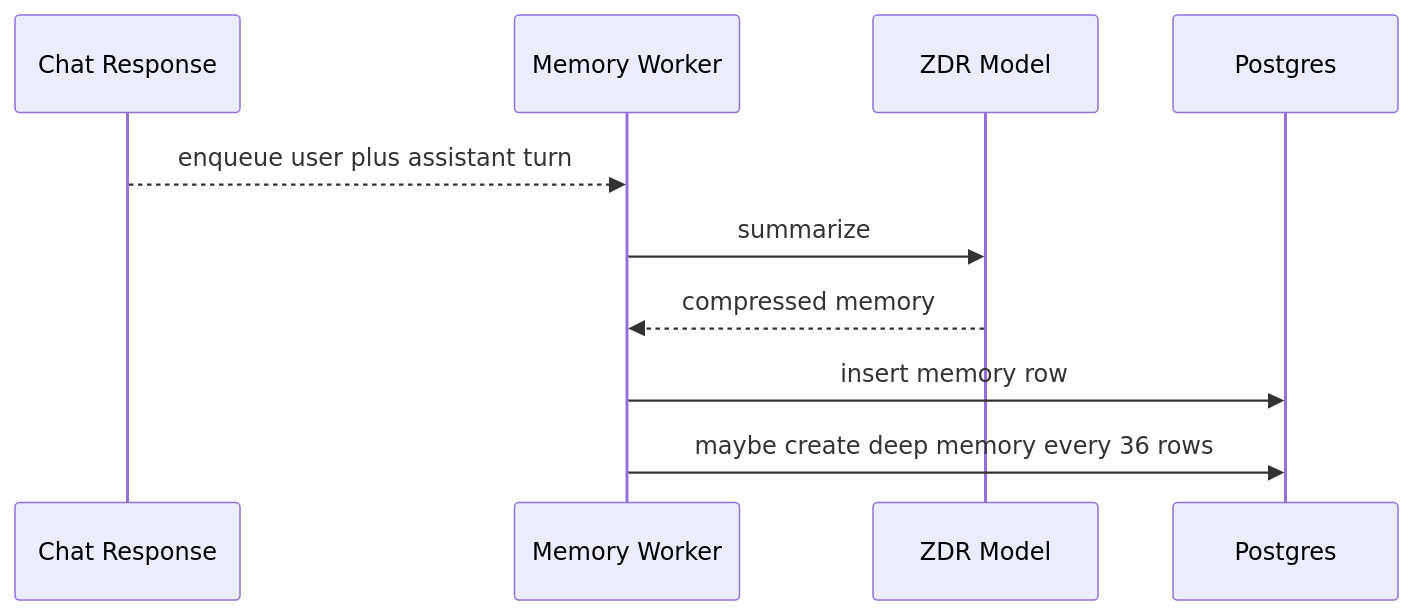
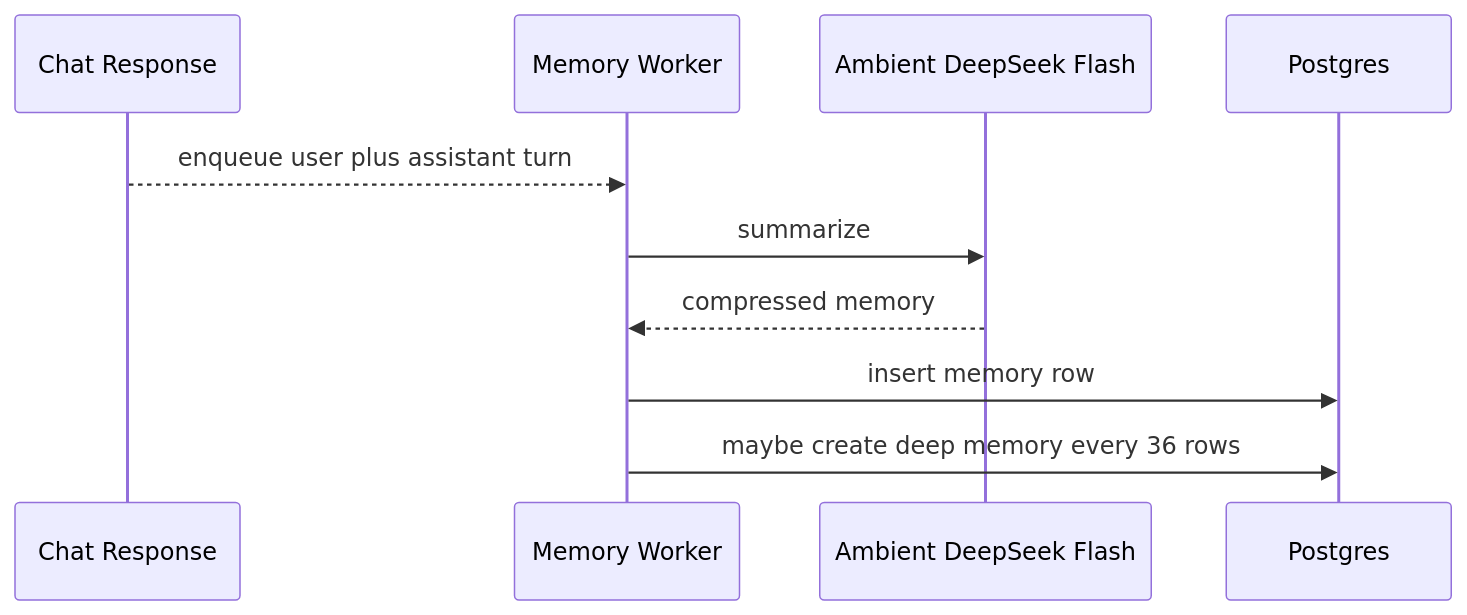
The first of 2 diagrams in docs/wiki/surfaces/memory.md (postfiatorg/tasknode), drawn with Mermaid before and after one commit. The commit also changed other lines of this file and 204 other files, not shown here.

````diff
--- a/docs/wiki/surfaces/memory.md
+++ b/docs/wiki/surfaces/memory.md
@@ -128,12 +131,12 @@
 ```mermaid
 sequenceDiagram
   participant Chat as Chat Response
   participant Worker as Memory Worker
-  participant OR as ZDR Model
+  participant OR as Ambient DeepSeek Flash
   participant DB as Postgres
   Chat-->>Worker: enqueue user plus assistant turn
   Worker->>OR: summarize
   OR-->>Worker: compressed memory
   Worker->>DB: insert memory row
   Worker->>DB: maybe create deep memory every 36 rows
 ```
````
